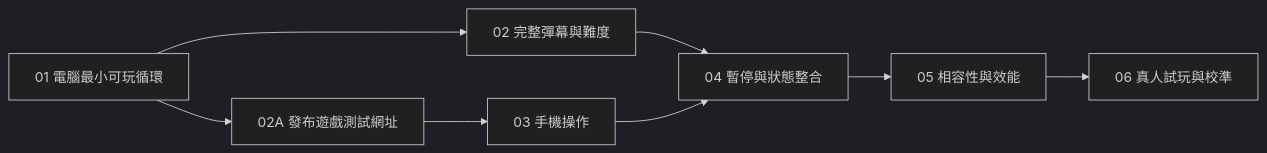
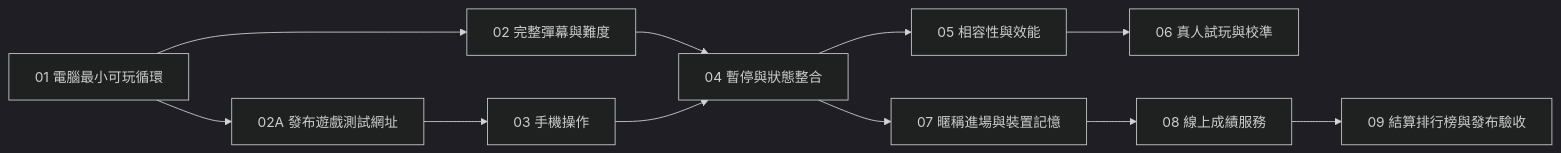
The diagram in docs/work-plan.md (Davisanity-TW/kingOfFlak), drawn with Mermaid (dark theme) before and after one commit. The commit also changed other lines of this file and 2 other files, not shown here.

````diff
--- a/docs/work-plan.md
+++ b/docs/work-plan.md
@@ -27,10 +30,13 @@
 ```mermaid
 flowchart LR
     T01[01 電腦最小可玩循環] --> T02[02 完整彈幕與難度]
     T01 --> T02A[02A 發布遊戲測試網址]
     T02A --> T03[03 手機操作]
     T02 --> T04[04 暫停與狀態整合]
     T03 --> T04
     T04 --> T05[05 相容性與效能]
     T05 --> T06[06 真人試玩與校準]
+    T04 --> T07[07 暱稱進場與裝置記憶]
+    T07 --> T08[08 線上成績服務]
+    T08 --> T09[09 結算排行榜與發布驗收]
 ```
````
